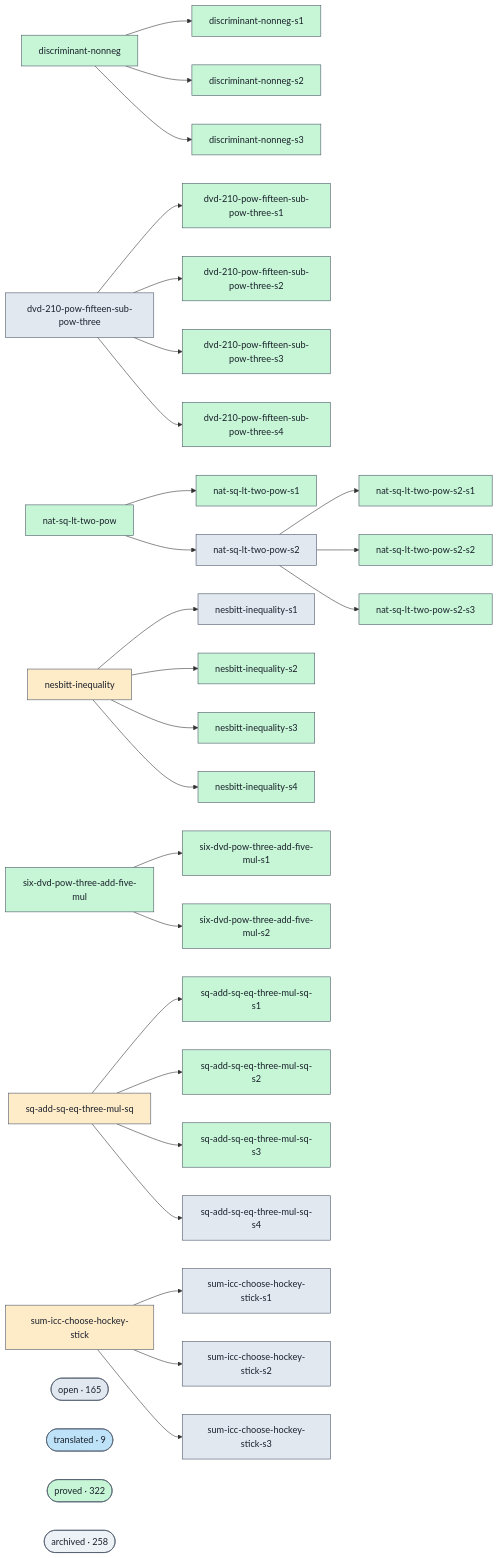
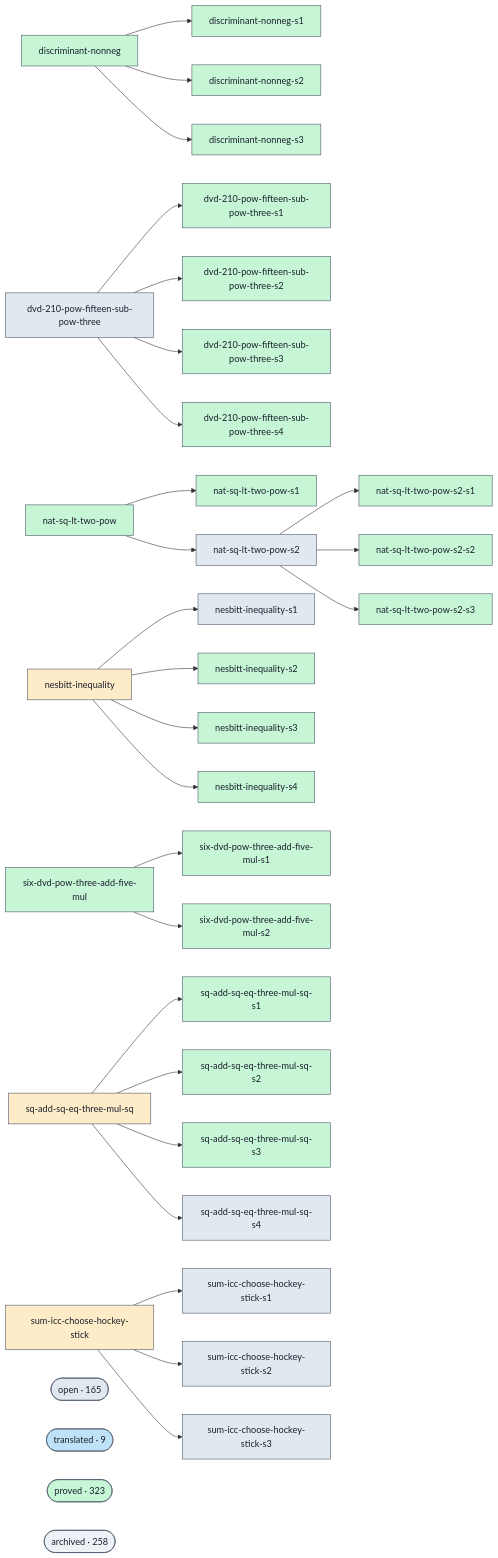
The diagram in docs/proofs-contributors-visualisation.md (ohdearquant/unsorry), drawn with Mermaid before and after one commit. The commit also changed other lines of this file and 2 other files, not shown here.

```diff
--- a/docs/proofs-contributors-visualisation.md
+++ b/docs/proofs-contributors-visualisation.md
@@ -147,7 +147,7 @@
   class cluster_open open;
   cluster_translated(["translated · 9"])
   class cluster_translated translated;
-  cluster_proved(["proved · 322"])
+  cluster_proved(["proved · 323"])
   class cluster_proved proved;
   cluster_archived(["archived · 258"])
   class cluster_archived unknown;
```
